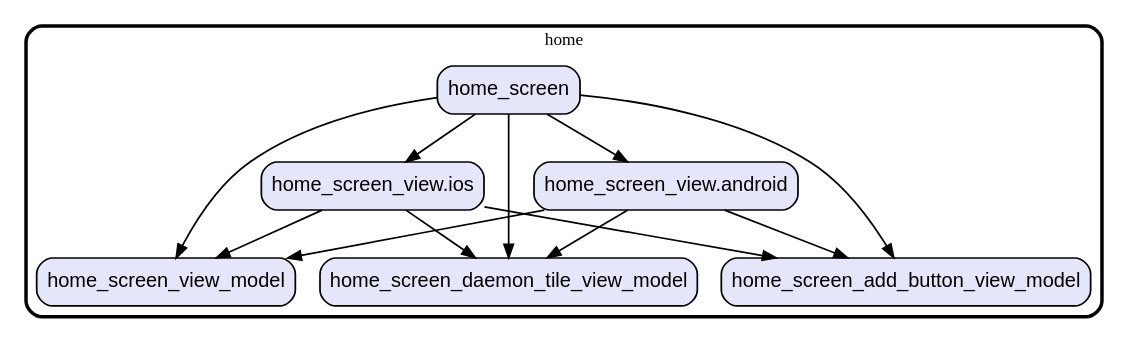
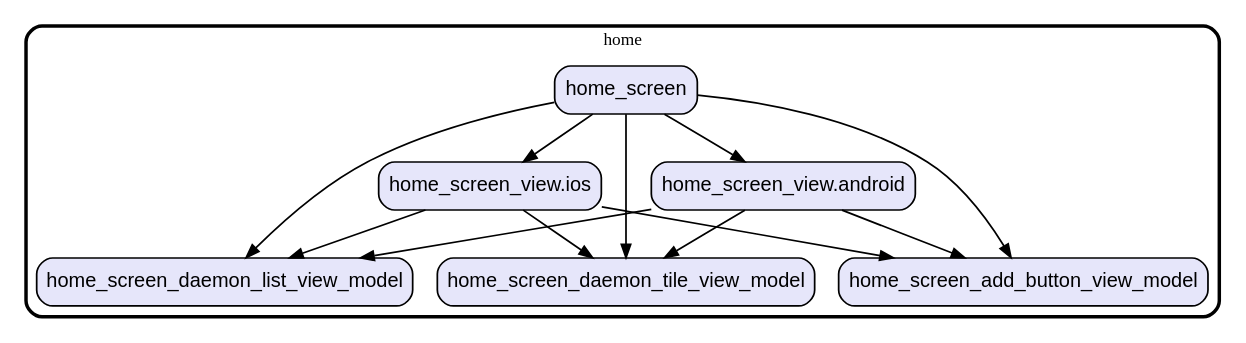
The diagram in graph/lib/ui/screens/home.dot (gev/reacthome-mobile), drawn with Graphviz before and after one commit. The commit also changed 13 other files, not shown here.

Commit message:
update the modules dependencies graph

```diff
--- a/graph/lib/ui/screens/home.dot
+++ b/graph/lib/ui/screens/home.dot
@@ -1,31 +1,31 @@
 digraph "" {
   graph [style=rounded fontname="Arial Black" fontsize=13 penwidth=2.6];
   node [shape=rect style="filled,rounded" fontname=Arial fontsize=15 fillcolor=Lavender penwidth=1.3];
   edge [penwidth=1.3];
   "/home_screen_add_button_view_model.dart" [label="home_screen_add_button_view_model"];
   "/home_screen_view.android.dart" [label="home_screen_view.android"];
   "/home_screen_view.ios.dart" [label="home_screen_view.ios"];
   "/home_screen_daemon_tile_view_model.dart" [label="home_screen_daemon_tile_view_model"];
-  "/home_screen_view_model.dart" [label="home_screen_view_model"];
+  "/home_screen_daemon_list_view_model.dart" [label="home_screen_daemon_list_view_model"];
   "/home_screen.dart" [label="home_screen"];
   subgraph "cluster~" {
     label="home";
     "/home_screen_add_button_view_model.dart";
     "/home_screen_view.android.dart";
     "/home_screen_view.ios.dart";
     "/home_screen_daemon_tile_view_model.dart";
-    "/home_screen_view_model.dart";
+    "/home_screen_daemon_list_view_model.dart";
     "/home_screen.dart";
   }
   "/home_screen_view.android.dart" -> "/home_screen_add_button_view_model.dart";
   "/home_screen_view.android.dart" -> "/home_screen_daemon_tile_view_model.dart";
-  "/home_screen_view.android.dart" -> "/home_screen_view_model.dart";
+  "/home_screen_view.android.dart" -> "/home_screen_daemon_list_view_model.dart";
   "/home_screen_view.ios.dart" -> "/home_screen_add_button_view_model.dart";
   "/home_screen_view.ios.dart" -> "/home_screen_daemon_tile_view_model.dart";
-  "/home_screen_view.ios.dart" -> "/home_screen_view_model.dart";
+  "/home_screen_view.ios.dart" -> "/home_screen_daemon_list_view_model.dart";
   "/home_screen.dart" -> "/home_screen_add_button_view_model.dart";
+  "/home_screen.dart" -> "/home_screen_daemon_list_view_model.dart";
   "/home_screen.dart" -> "/home_screen_daemon_tile_view_model.dart";
   "/home_screen.dart" -> "/home_screen_view.android.dart";
   "/home_screen.dart" -> "/home_screen_view.ios.dart";
-  "/home_screen.dart" -> "/home_screen_view_model.dart";
 }
```
